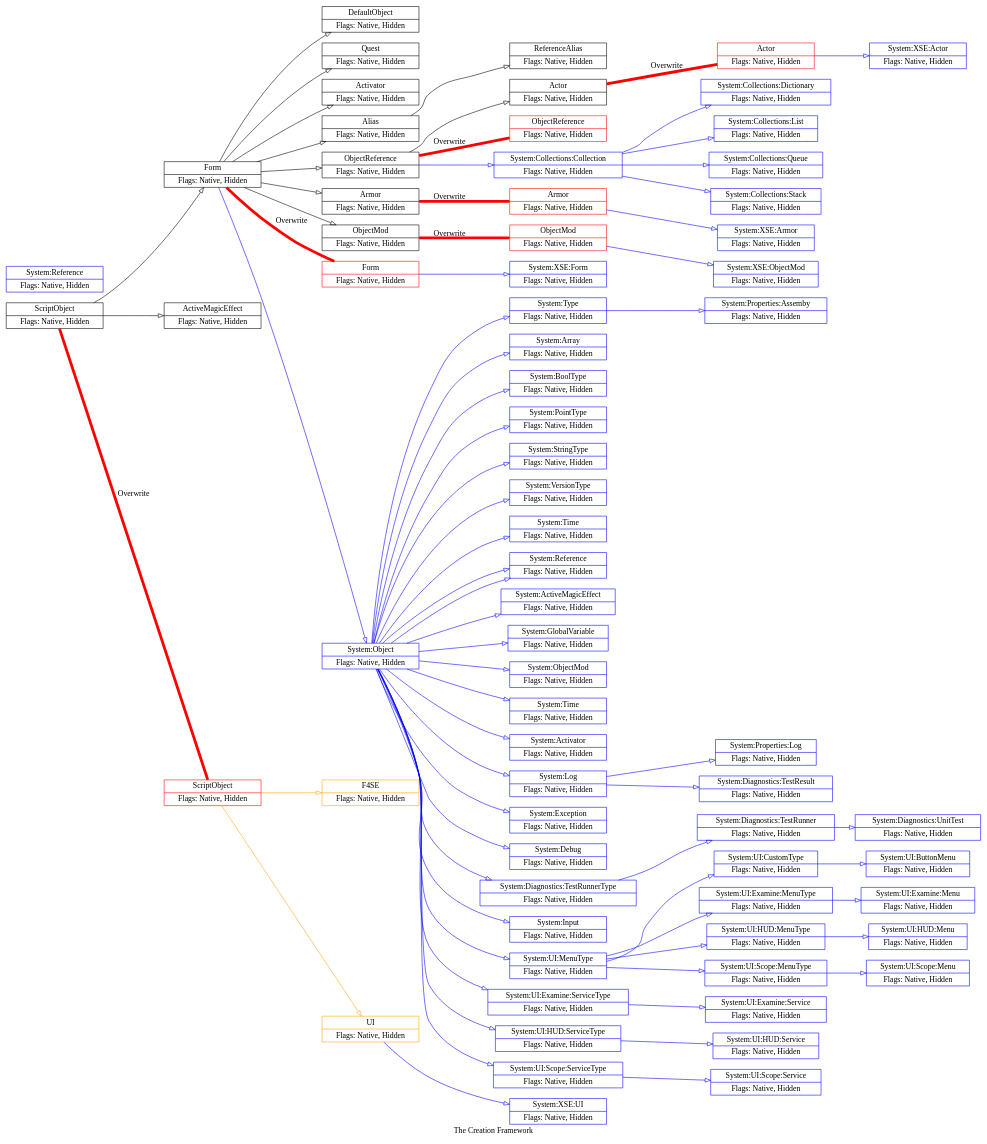
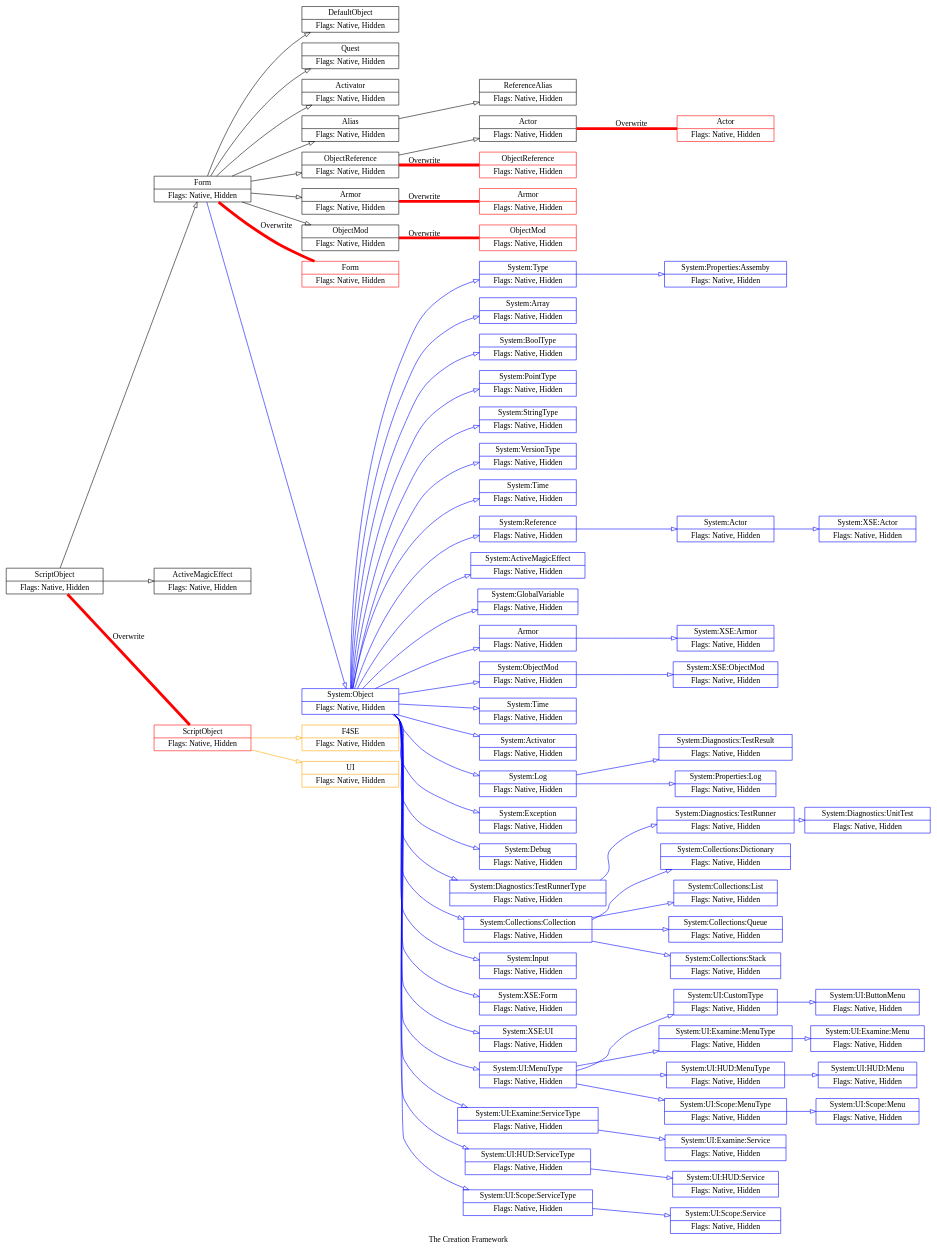
One commit to F4CF/Creation-Framework changed the diagram in System/Scripts/Source/System/System.dot. Above: the diagram before and after it, drawn with Graphviz. The commit also changed 5 other files, not shown here.

Commit message:
Changed XSE object inheritance. Added rendered inheritance diagram.

```diff
--- a/System/Scripts/Source/System/System.dot
+++ b/System/Scripts/Source/System/System.dot
@@ -18,7 +18,7 @@
 {
 	label = "The Creation Framework";
 	rankdir = "LR"; // {"TB"}, "LR", "BT", "RL"
-	// ranksep = "0.25"
+	 ranksep = "0.25"
 	// size="10";
 	// ratio="compress"
 	clusterrank = "none" // {"local"}, "none"
@@ -171,6 +171,8 @@
 
 		subgraph "cluster_System-ESL"
 		{
+			label = "System.esl";
+
 			subgraph "cluster_System"
 			{
 				label = "System";
@@ -218,8 +220,8 @@
 				{"System:Object" -> "System:Reference"};
 
 				"System:Actor"
-				[label = "System:Reference|Flags: Native, Hidden"]
-				{"System:Object" -> "System:Reference"};
+				[label = "System:Actor|Flags: Native, Hidden"]
+				{"System:Reference" -> "System:Actor"};
 
 				"System:ActiveMagicEffect"
 				[label = "System:ActiveMagicEffect|Flags: Native, Hidden"]
@@ -228,6 +230,10 @@
 				"System:GlobalVariable"
 				[label = "System:GlobalVariable|Flags: Native, Hidden"]
 				{"System:Object" -> "System:GlobalVariable"};
+
+				"System:Armor"
+				[label = "Armor|Flags: Native, Hidden"]
+				{"System:Object" -> "System:Armor"};
 
 				"System:ObjectMod"
 				[label = "System:ObjectMod|Flags: Native, Hidden"]
@@ -240,20 +246,6 @@
 				"System:Activator"
 				[label = "System:Activator|Flags: Native, Hidden"]
 				{"System:Object" -> "System:Activator"};
-			}
-
-
-			subgraph "cluster_System_Properties"
-			{
-				label = "System:Properties";
-
-				"System:Properties:Assemby"
-				[label = "System:Properties:Assemby|Flags: Native, Hidden"]
-				{"System:Type" -> "System:Properties:Assemby"};
-
-				"System:Properties:Log"
-				[label = "System:Properties:Log|Flags: Native, Hidden"]
-				{"System:Log"      -> "System:Properties:Log"};
 			}
 
 			subgraph "cluster_System_Diagnostics"
@@ -295,7 +287,7 @@
 
 				"System:Collections:Collection"
 				[label = "System:Collections:Collection|Flags: Native, Hidden"]
-				{"ObjectReference" -> "System:Collections:Collection"};
+				{"System:Object" -> "System:Collections:Collection"};
 
 				"System:Collections:Dictionary"
 				[label = "System:Collections:Dictionary|Flags: Native, Hidden"]
@@ -313,11 +305,26 @@
 				[label = "System:Collections:Stack|Flags: Native, Hidden"]
 				{"System:Collections:Collection" -> "System:Collections:Stack"};
 			}
+
+			subgraph "cluster_System_Properties"
+			{
+				label = "System:Properties";
+
+				"System:Properties:Assemby"
+				[label = "System:Properties:Assemby|Flags: Native, Hidden"]
+				{"System:Type" -> "System:Properties:Assemby"};
+
+				"System:Properties:Log"
+				[label = "System:Properties:Log|Flags: Native, Hidden"]
+				{"System:Log"      -> "System:Properties:Log"};
+			}
 		}
 
 
 		subgraph "cluster_System_XSE-ESL"
 		{
+			label = "System.XSE.esl";
+
 			subgraph "cluster_System_XSE"
 			{
 				label = "System:XSE";
@@ -328,26 +335,24 @@
 
 				"System:XSE:Actor"
 				[label = "System:XSE:Actor|Flags: Native, Hidden"]
-				{"XSE_Actor" -> "System:XSE:Actor"};
+				{"System:Actor" -> "System:XSE:Actor"};
 
 				"System:XSE:Armor"
 				[label = "System:XSE:Armor|Flags: Native, Hidden"]
-				{"XSE_Armor" -> "System:XSE:Armor"};
+				{"System:Armor" -> "System:XSE:Armor"};
 
 				"System:XSE:Form"
 				[label = "System:XSE:Form|Flags: Native, Hidden"]
-				{"XSE_Form" -> "System:XSE:Form"};
+				{"System:Object" -> "System:XSE:Form"};
 
 				"System:XSE:ObjectMod"
 				[label = "System:XSE:ObjectMod|Flags: Native, Hidden"]
-				{"XSE_ObjectMod" -> "System:XSE:ObjectMod"};
+				{"System:ObjectMod" -> "System:XSE:ObjectMod"};
 
 				"System:XSE:UI"
 				[label = "System:XSE:UI|Flags: Native, Hidden"]
-				{"XSE_UI" -> "System:XSE:UI"};
+				{"System:Object" -> "System:XSE:UI"};
 			}
-
-
 
 			subgraph "cluster_System_UI"
 			{
```
